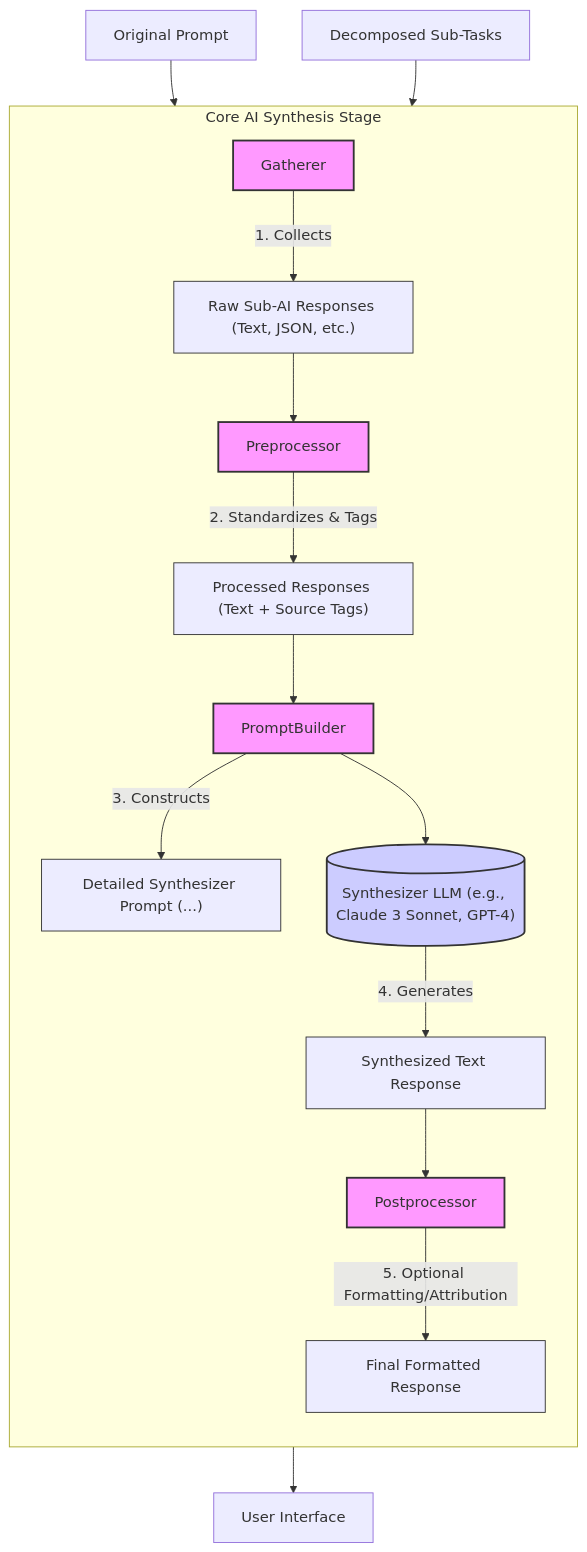
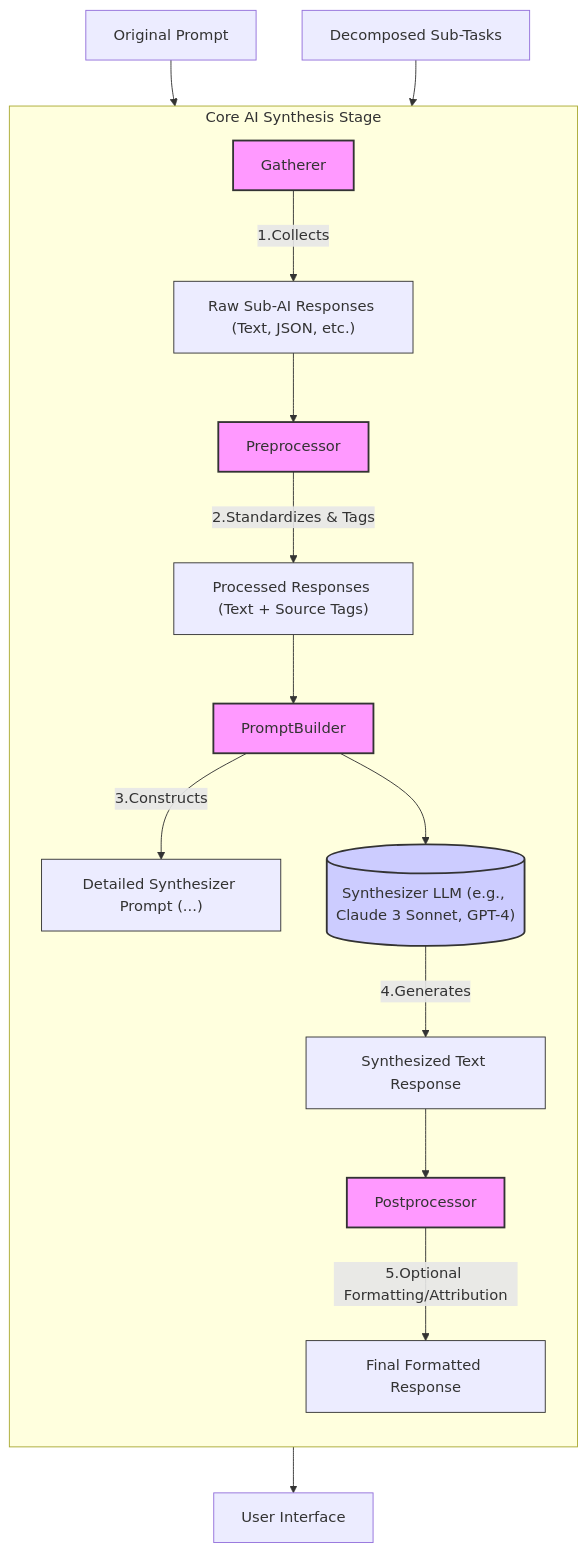
One commit to Ryno2390/Co-Lab changed the first of 6 diagrams in README.md. Above: the diagram before and after it, drawn with Mermaid.

````diff
--- a/README.md
+++ b/README.md
@@ -71,38 +71,38 @@
 ```mermaid
 graph TD
     %% Define external inputs first for clarity
     OriginalPrompt[Original Prompt]
     DecomposedSubTasks[Decomposed Sub-Tasks]
 
     subgraph Core AI Synthesis Stage
         direction TB
-        Gatherer[Gatherer] -- 1. Collects --> RawResponses["Raw Sub-AI Responses (Text, JSON, etc.)"]
+        Gatherer[Gatherer] -- 1.Collects --> RawResponses["Raw Sub-AI Responses (Text, JSON, etc.)"]
         RawResponses --> Preprocessor[Preprocessor]
-        Preprocessor -- 2. Standardizes & Tags --> ProcessedResponses["Processed Responses (Text + Source Tags)"]
+        Preprocessor -- 2.Standardizes & Tags --> ProcessedResponses["Processed Responses (Text + Source Tags)"]
         ProcessedResponses --> PromptBuilder[PromptBuilder]
-        PromptBuilder -- 3. Constructs --> SynthesizerPrompt["Detailed Synthesizer Prompt (...)"]
+        PromptBuilder -- 3.Constructs --> SynthesizerPrompt["Detailed Synthesizer Prompt (...)"]
         PromptBuilder --> SynthesizerLLM[("Synthesizer LLM (e.g., Claude 3 Sonnet, GPT-4)")]
-        SynthesizerLLM -- 4. Generates --> SynthesizedText["Synthesized Text Response"]
+        SynthesizerLLM -- 4.Generates --> SynthesizedText["Synthesized Text Response"]
         SynthesizedText --> Postprocessor[Postprocessor]
-        Postprocessor -- 5. Optional Formatting/Attribution --> FinalResponse[Final Formatted Response]
+        Postprocessor -- 5.Optional Formatting/Attribution --> FinalResponse[Final Formatted Response]
     end
 
     %% Connect external inputs to the subgraph node
     OriginalPrompt --> PromptBuilder
     DecomposedSubTasks --> PromptBuilder
 
     %% Connect subgraph output to external node
     FinalResponse --> UI[User Interface]
 
     %% Optional: Style nodes if desired
     style Gatherer fill:#f9f,stroke:#333,stroke-width:2px
     style Preprocessor fill:#f9f,stroke:#333,stroke-width:2px
     style PromptBuilder fill:#f9f,stroke:#333,stroke-width:2px
     style SynthesizerLLM fill:#ccf,stroke:#333,stroke-width:2px
     style Postprocessor fill:#f9f,stroke:#333,stroke-width:2px
     style RawResponses fill:#lightgrey,stroke:#333
     style ProcessedResponses fill:#lightgrey,stroke:#333
     style SynthesizerPrompt fill:#lightgrey,stroke:#333
     style SynthesizedText fill:#lightgrey,stroke:#333
     style FinalResponse fill:#lightgrey,stroke:#333
 ```
````
